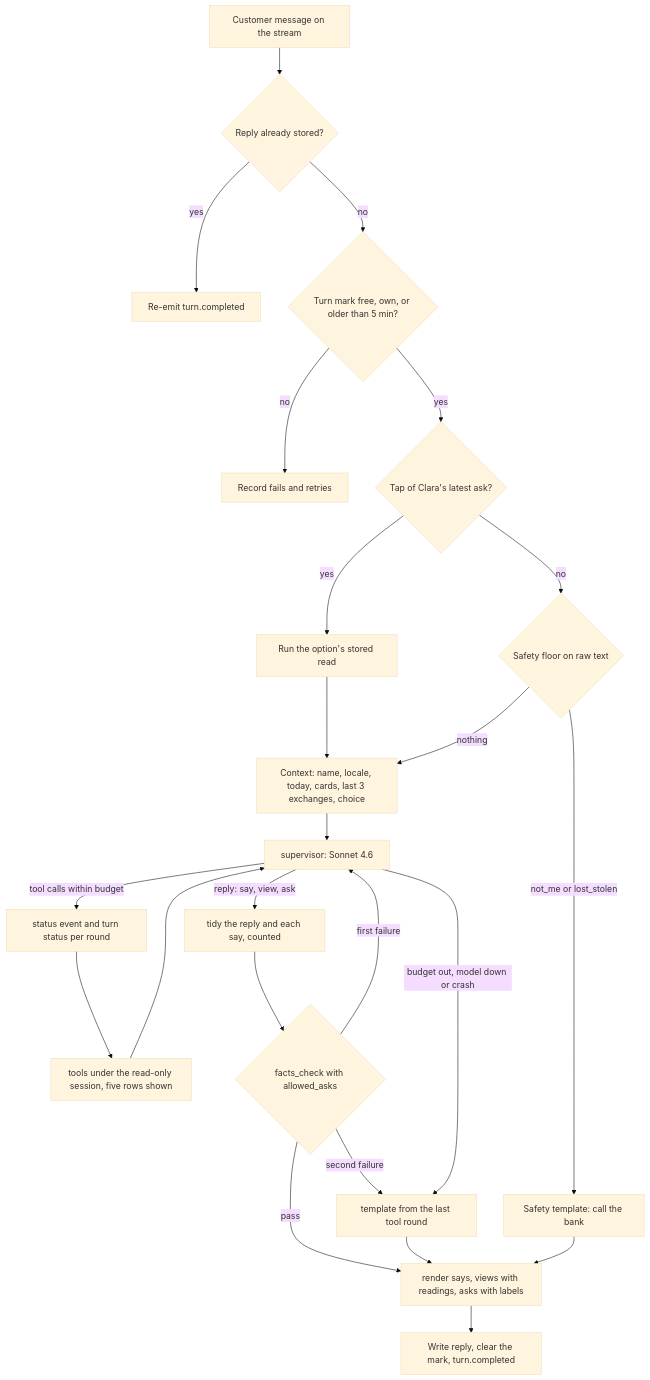
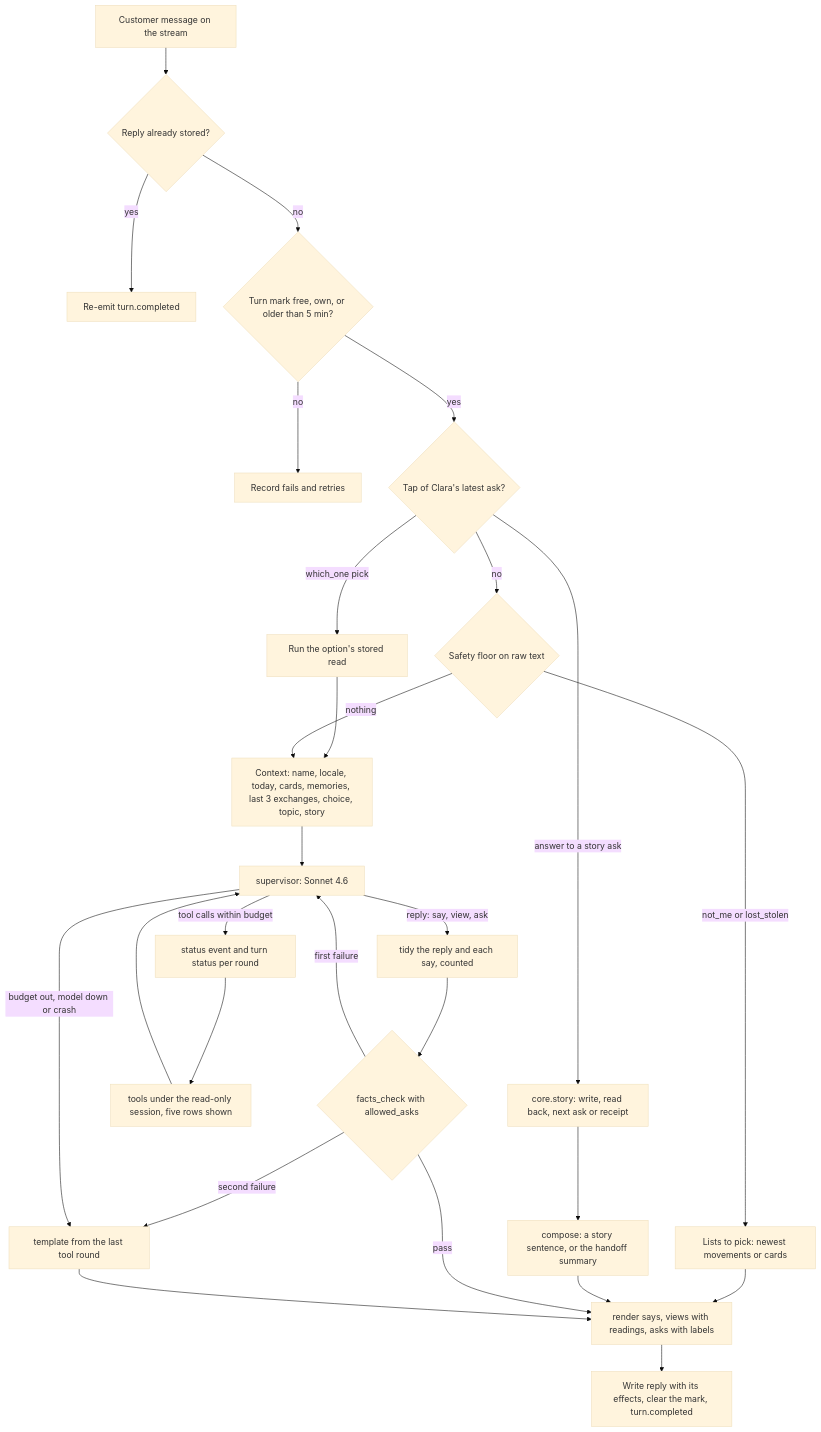
Before and after one commit to Team-ACGS/factored-hackathon-2026-acgs: the first of 2 diagrams in docs/modules/assistant/flows.md, drawn with Mermaid (base theme). The commit also changed other lines of this file and 17 other files, not shown here.

````diff
--- a/docs/modules/assistant/flows.md
+++ b/docs/modules/assistant/flows.md
@@ -13,24 +13,25 @@
 ```mermaid
 flowchart TD
     A[Customer message on the stream] --> R{Reply already stored?}
     R -- yes --> E[Re-emit turn.completed]
     R -- no --> TM{Turn mark free, own, or older than 5 min?}
     TM -- no --> RETRY[Record fails and retries]
     TM -- yes --> TAP{Tap of Clara's latest ask?}
-    TAP -- yes --> READ[Run the option's stored read] --> CTX
+    TAP -- answer to a story ask --> STORY[core.story: write, read back, next ask or receipt]
+    TAP -- which_one pick --> READ[Run the option's stored read] --> CTX
     TAP -- no --> FL{Safety floor on raw text}
-    FL -- not_me or lost_stolen --> ST[Safety template: call the bank]
-    FL -- nothing --> CTX[Context: name, locale, today, cards, last 3 exchanges, choice]
+    FL -- not_me or lost_stolen --> PICK[Lists to pick: newest movements or cards] --> FIN
+    FL -- nothing --> CTX[Context: name, locale, today, cards, memories, last 3 exchanges, choice, topic, story]
+    STORY --> COMP[compose: a story sentence, or the handoff summary] --> FIN
     CTX --> SUP[supervisor: Sonnet 4.6]
     SUP -- tool calls within budget --> STATUS[status event and turn status per round]
     STATUS --> TOOLS[tools under the read-only session, five rows shown]
     TOOLS --> SUP
     SUP -- reply: say, view, ask --> TIDY[tidy the reply and each say, counted] --> CHK{facts_check with allowed_asks}
     CHK -- pass --> FIN[render says, views with readings, asks with labels]
     CHK -- first failure --> SUP
     CHK -- second failure --> FB[template from the last tool round]
     SUP -- budget out, model down or crash --> FB
     FB --> FIN
-    ST --> FIN
-    FIN --> W[Write reply, clear the mark, turn.completed]
+    FIN --> W[Write reply with its effects, clear the mark, turn.completed]
 ```
````
